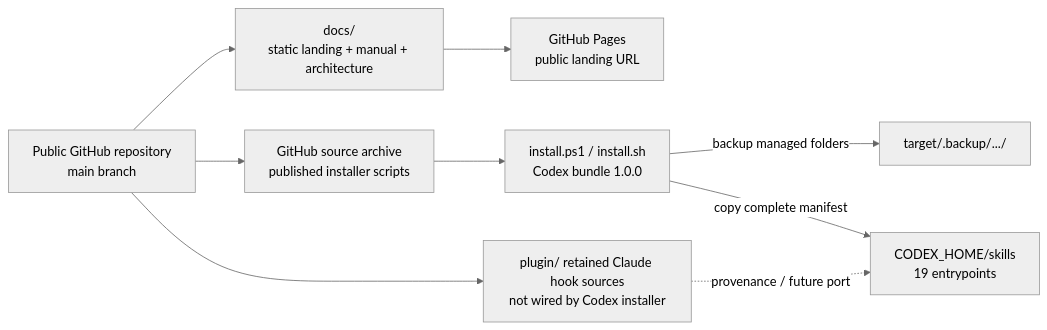
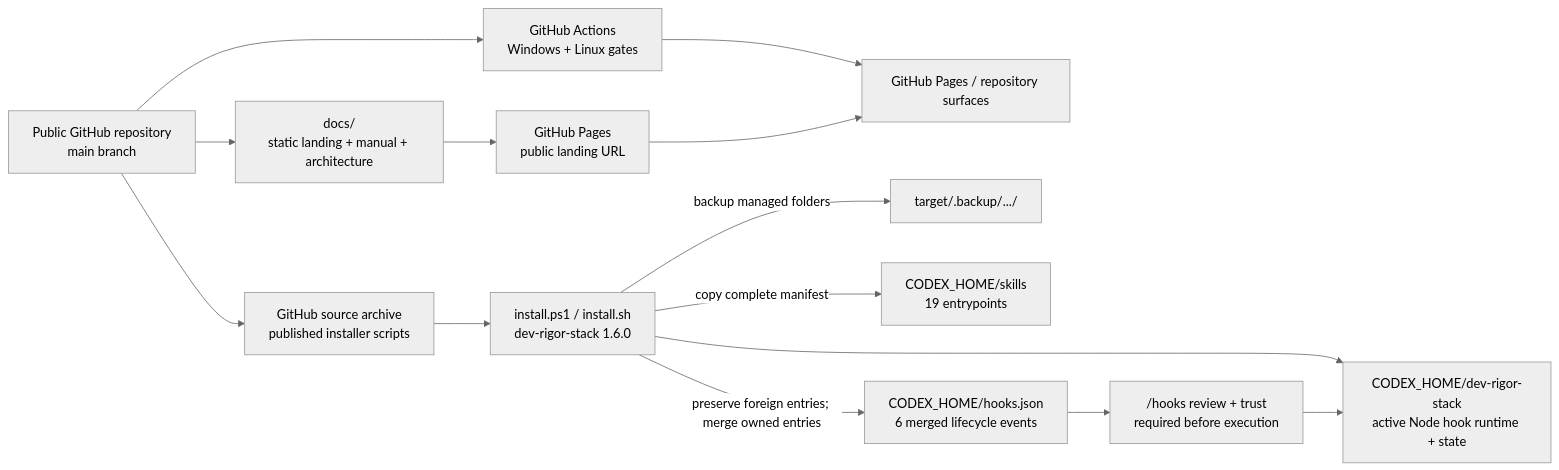
One commit to scottconverse/codex-dev-rigor-stack changed the fifth of 5 diagrams in docs/ARCHITECTURE.md. Above: the diagram before and after it, drawn with Mermaid (neutral theme). The commit also changed other lines of this file and 26 other files, not shown here.

Commit message:
Activate Codex rigor hooks in 1.6.0

````diff
--- a/docs/ARCHITECTURE.md
+++ b/docs/ARCHITECTURE.md
@@ -143,18 +189,24 @@
 ```mermaid
 flowchart LR
     Source["Public GitHub repository\nmain branch"]
     Docs["docs/\nstatic landing + manual + architecture"]
     Pages["GitHub Pages\npublic landing URL"]
     Archive["GitHub source archive\npublished installer scripts"]
-    Installer["install.ps1 / install.sh\nCodex bundle 1.0.0"]
+    Installer["install.ps1 / install.sh\ndev-rigor-stack 1.6.0"]
     Backup["target/.backup/.../<timestamp>"]
     Home["CODEX_HOME/skills\n19 entrypoints"]
-    Hooks["plugin/ retained Claude hook sources\nnot wired by Codex installer"]
+    Runtime["CODEX_HOME/dev-rigor-stack\nactive Node hook runtime + state"]
+    HookConfig["CODEX_HOME/hooks.json\n6 merged lifecycle events"]
+    Trust["/hooks review + trust\nrequired before execution"]
+    CI["GitHub Actions\nWindows + Linux gates"]
+    Publish["GitHub Pages / repository surfaces"]
 
-    Source --> Docs --> Pages
+    Source --> CI --> Publish
+    Source --> Docs --> Pages --> Publish
     Source --> Archive --> Installer
     Installer -->|backup managed folders| Backup
     Installer -->|copy complete manifest| Home
-    Source --> Hooks
-    Hooks -. provenance / future port .-> Home
+    Installer --> Runtime
+    Installer -->|preserve foreign entries; merge owned entries| HookConfig
+    HookConfig --> Trust --> Runtime
 ```
````
